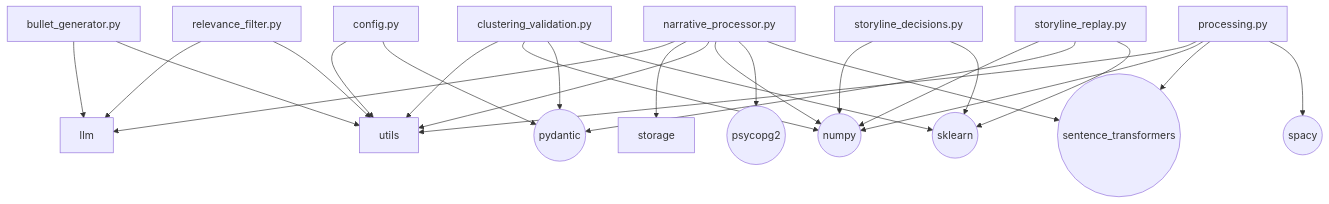
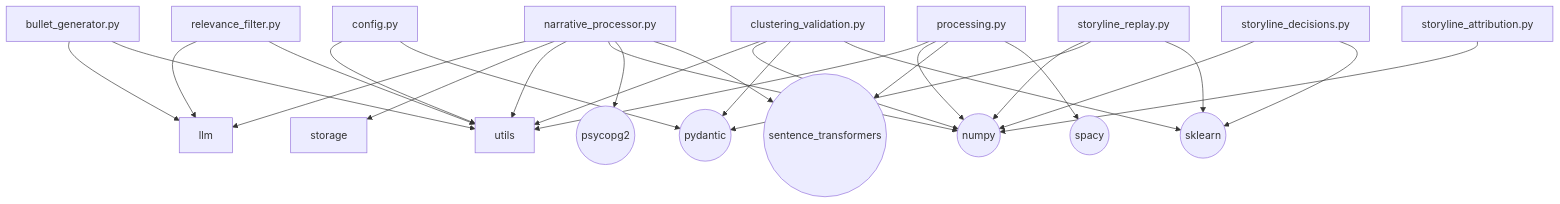
The fourth of 6 diagrams in docs/generated/imports.md (TommasoFazzi/MACROINTEL), drawn with Mermaid before and after one commit.

Commit message:
docs(auto): update Python import graph [skip ci]

````diff
--- a/docs/generated/imports.md
+++ b/docs/generated/imports.md
@@ -199,43 +199,45 @@
 ```mermaid
 flowchart TD
     bullet_generator["bullet_generator.py"]
     clustering_validation["clustering_validation.py"]
     config["config.py"]
     narrative_processor["narrative_processor.py"]
     processing["processing.py"]
     relevance_filter["relevance_filter.py"]
+    storyline_attribution["storyline_attribution.py"]
     storyline_decisions["storyline_decisions.py"]
     storyline_replay["storyline_replay.py"]
     EXT_numpy(("numpy"))
     EXT_psycopg2(("psycopg2"))
     EXT_pydantic(("pydantic"))
     EXT_sentence_transformers(("sentence_transformers"))
     EXT_sklearn(("sklearn"))
     EXT_spacy(("spacy"))
 
     bullet_generator --> llm
     bullet_generator --> utils
     clustering_validation --> utils
     config --> utils
     narrative_processor --> llm
     narrative_processor --> storage
     narrative_processor --> utils
     processing --> utils
     relevance_filter --> llm
     relevance_filter --> utils
     clustering_validation --> EXT_numpy
     clustering_validation --> EXT_pydantic
     clustering_validation --> EXT_sklearn
     config --> EXT_pydantic
     narrative_processor --> EXT_numpy
     narrative_processor --> EXT_psycopg2
     narrative_processor --> EXT_sentence_transformers
     processing --> EXT_numpy
     processing --> EXT_sentence_transformers
     processing --> EXT_spacy
+    storyline_attribution --> EXT_numpy
     storyline_decisions --> EXT_numpy
     storyline_decisions --> EXT_sklearn
     storyline_replay --> EXT_numpy
     storyline_replay --> EXT_pydantic
     storyline_replay --> EXT_sklearn
 ```
````
